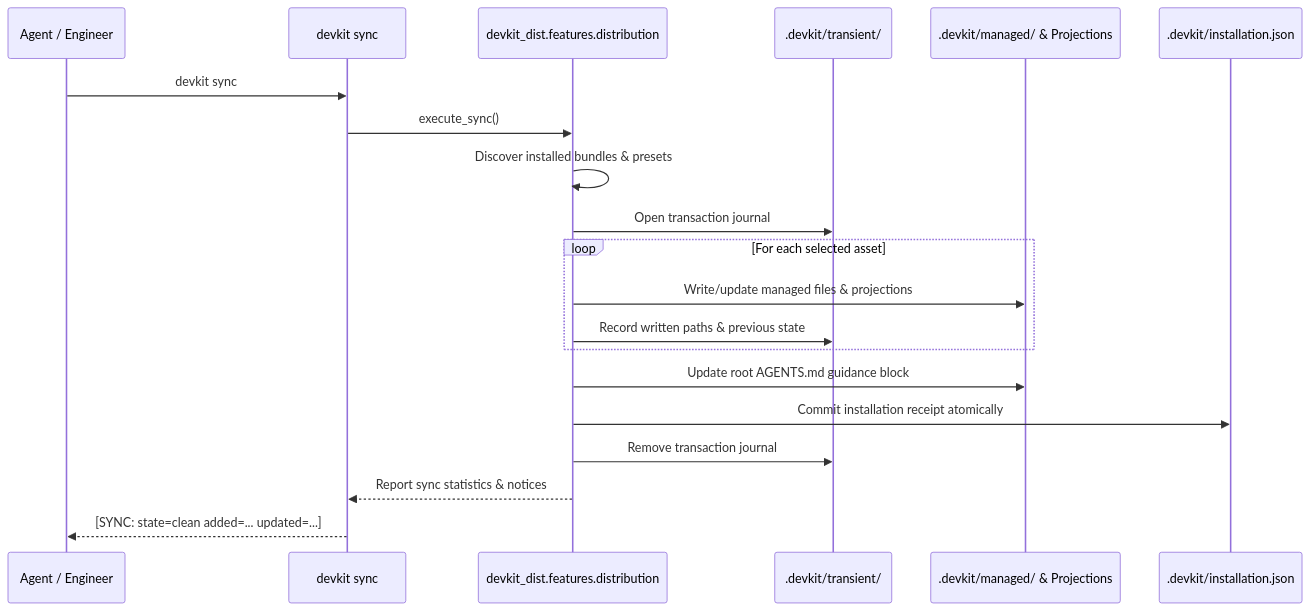
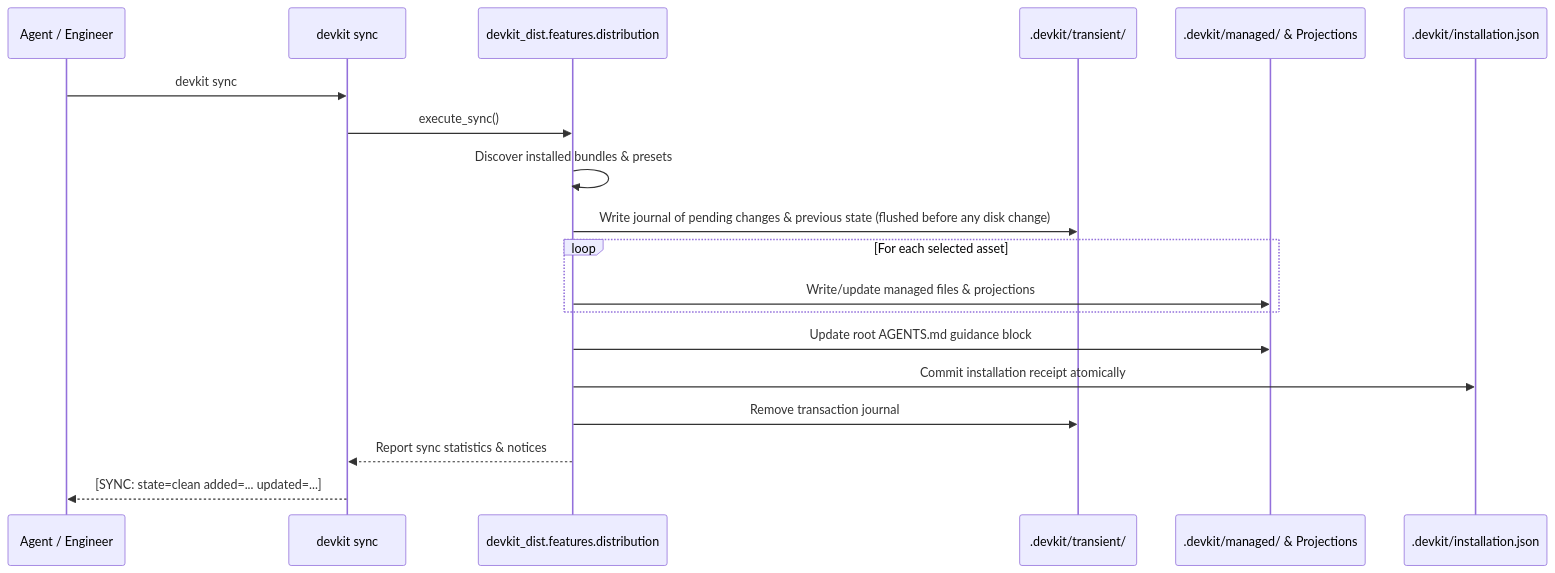
One commit to mjkimR/devkit changed the first of 2 diagrams in docs/architecture/ARCH-06-runtime-view.md. Above: the diagram before and after it, drawn with Mermaid. The commit also changed 11 other files, not shown here.

Commit message:
fix(open-feedback-fixes): journal-first runtime view, scout web search, handoff own-path boundary, resolve help anchor

````diff
--- a/docs/architecture/ARCH-06-runtime-view.md
+++ b/docs/architecture/ARCH-06-runtime-view.md
@@ -20,23 +20,22 @@
 ```mermaid
 sequenceDiagram
     participant Dev as Agent / Engineer
     participant CLI as devkit sync
     participant Dist as devkit_dist.features.distribution
     participant Journal as .devkit/transient/
     participant Target as .devkit/managed/ & Projections
     participant Receipt as .devkit/installation.json
 
     Dev->>CLI: devkit sync
     CLI->>Dist: execute_sync()
     Dist->>Dist: Discover installed bundles & presets
-    Dist->>Journal: Open transaction journal
+    Dist->>Journal: Write journal of pending changes & previous state (flushed before any disk change)
     loop For each selected asset
         Dist->>Target: Write/update managed files & projections
-        Dist->>Journal: Record written paths & previous state
     end
     Dist->>Target: Update root AGENTS.md guidance block
     Dist->>Receipt: Commit installation receipt atomically
     Dist->>Journal: Remove transaction journal
     Dist-->>CLI: Report sync statistics & notices
     CLI-->>Dev: [SYNC: state=clean added=... updated=...]
 ```
````
